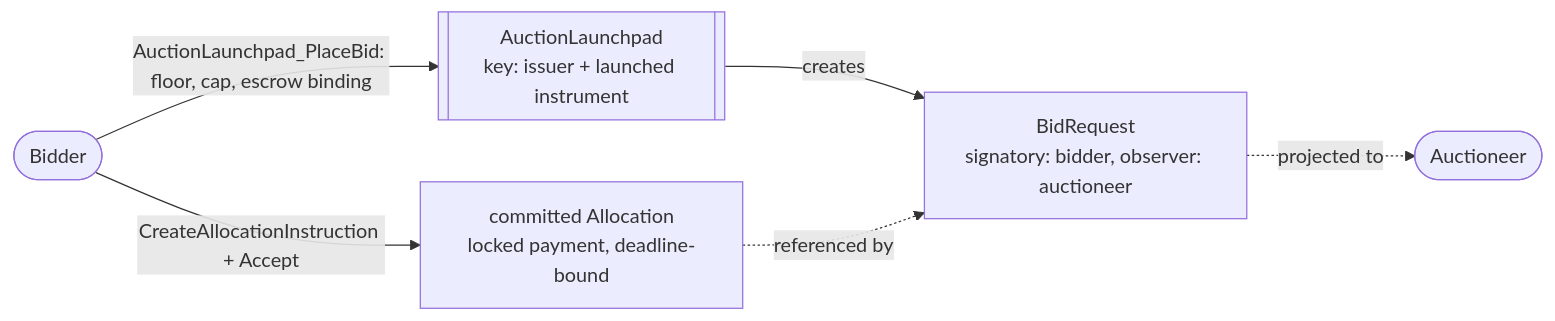
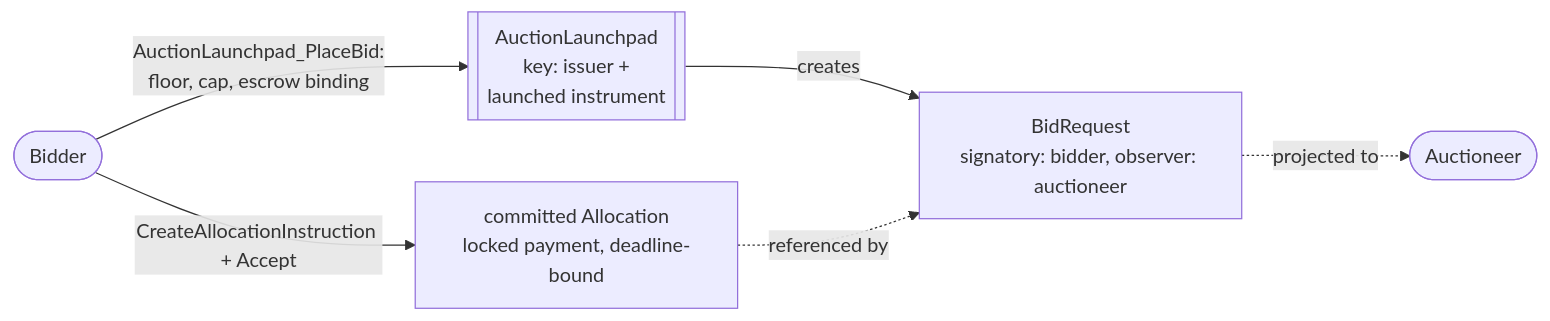
Before and after one commit to OpenZeppelin/canton-specs: the third of 5 diagrams in docs/ri-reports/04-confidential-auction.md, drawn with Mermaid. The commit also changed other lines of this file, not shown here.

````diff
--- a/docs/ri-reports/04-confidential-auction.md
+++ b/docs/ri-reports/04-confidential-auction.md
@@ -207,14 +203,14 @@
 ```mermaid
 flowchart LR
     Bidder([Bidder])
     Auctioneer([Auctioneer])
     Escrow["committed Allocation<br/>locked payment, deadline-bound"]
     Bid["BidRequest<br/>signatory: bidder, observer: auctioneer"]
-    LP[["AuctionLaunchpad<br/>key: issuer + launched instrument"]]
+    LP[["AuctionLaunchpad<br/>key: issuer +<br/>launched instrument"]]
 
     Bidder -->|"CreateAllocationInstruction + Accept"| Escrow
-    Bidder -->|"AuctionLaunchpad_PlaceBid: floor, cap, escrow binding"| LP
+    Bidder -->|"AuctionLaunchpad_PlaceBid:<br/>floor, cap, escrow binding"| LP
     LP -->|"creates"| Bid
     Escrow -.->|"referenced by"| Bid
     Bid -.->|"projected to"| Auctioneer
 ```
````
